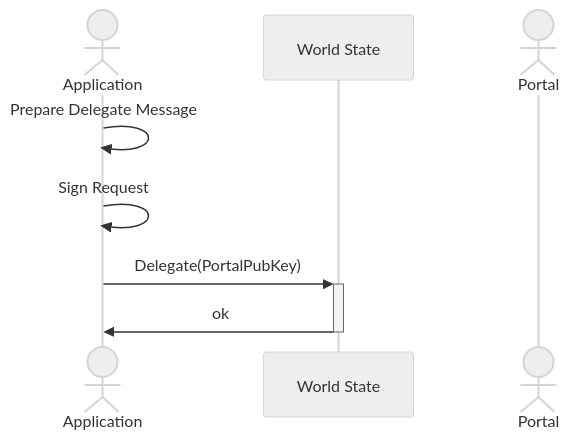
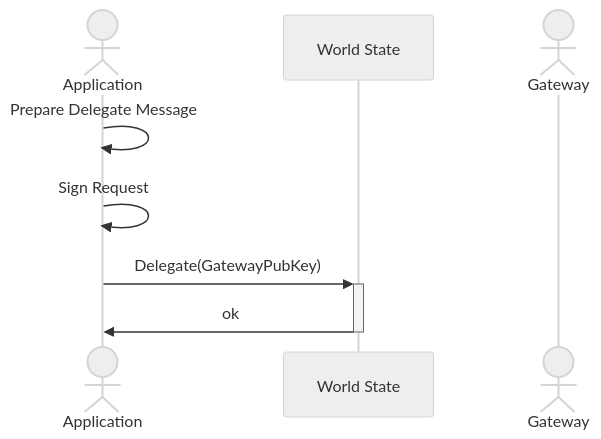
Diagram 13 of 16 in utility/README.md (pokt-network/pocket-network-protocol), drawn with Mermaid (neutral theme) before and after one commit. The commit also changed other lines of this file and 1 other file, not shown here.

First line of the commit message:
Rename `Portal` to `Gateway` (#47)

````diff
--- a/utility/README.md
+++ b/utility/README.md
@@ -850,12 +850,12 @@
 ```mermaid
 sequenceDiagram
     actor A as Application
     participant WS as World State
-    actor G as Portal
+    actor G as Gateway
 
     A ->> A: Prepare Delegate Message
     A ->> A: Sign Request
 
-    A ->>+ WS: Delegate(PortalPubKey)
+    A ->>+ WS: Delegate(GatewayPubKey)
     WS ->>- A: ok
 ```
````
